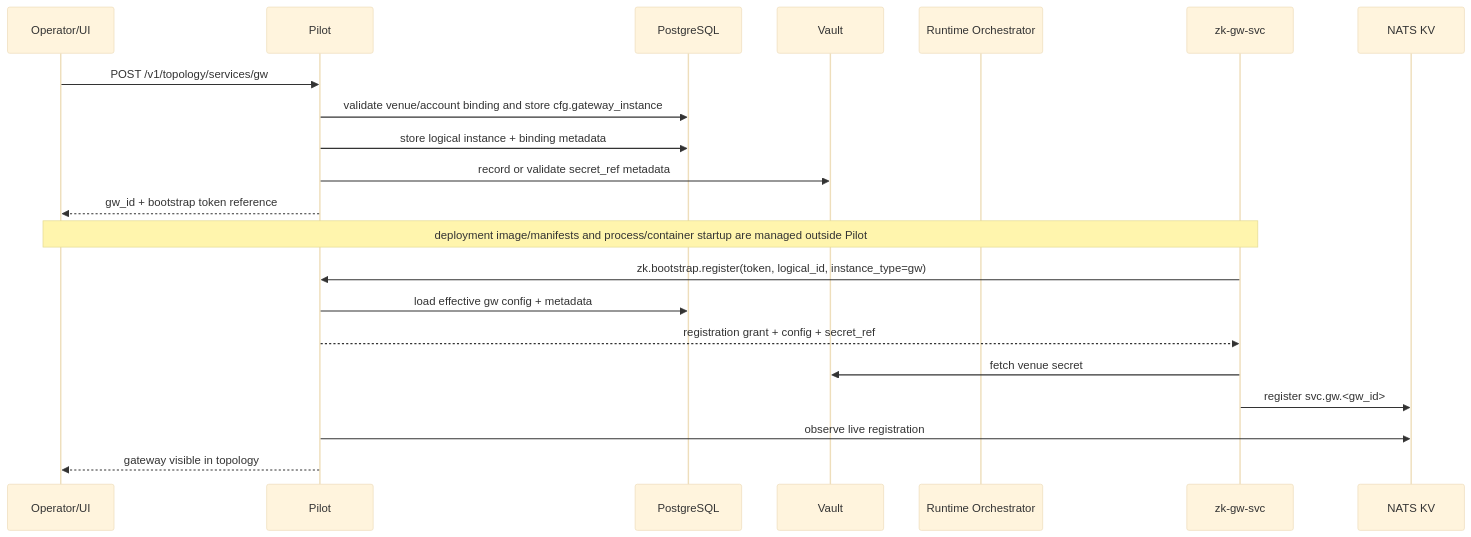
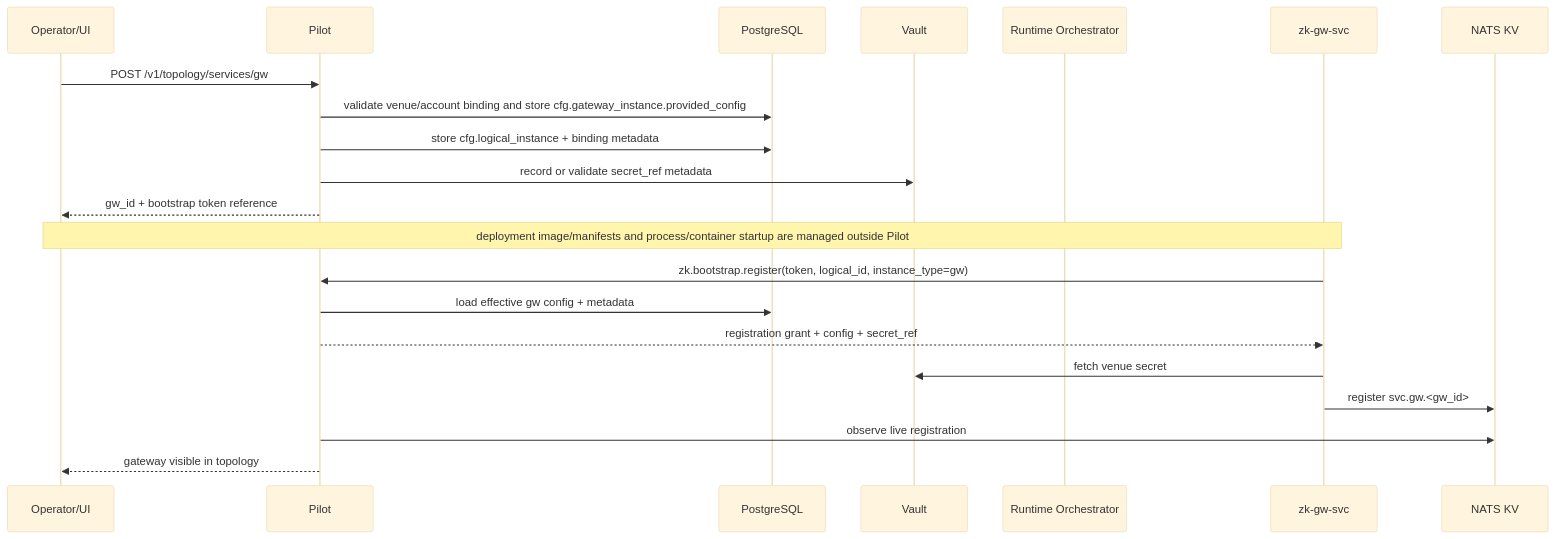
The first of 7 diagrams in docs/system-arch/services/pilot_service.md (soyvv/zkbot), drawn with Mermaid (base theme) before and after one commit. The commit also changed other lines of this file and 95 other files, not shown here.

````diff
--- a/docs/system-arch/services/pilot_service.md
+++ b/docs/system-arch/services/pilot_service.md
@@ -1502,25 +1514,25 @@
 ```mermaid
 sequenceDiagram
     participant U as Operator/UI
     participant P as Pilot
     participant DB as PostgreSQL
     participant V as Vault
     participant R as Runtime Orchestrator
     participant GW as zk-gw-svc
     participant KV as NATS KV
 
     U->>P: POST /v1/topology/services/gw
-    P->>DB: validate venue/account binding and store cfg.gateway_instance
-    P->>DB: store logical instance + binding metadata
+    P->>DB: validate venue/account binding and store cfg.gateway_instance.provided_config
+    P->>DB: store cfg.logical_instance + binding metadata
     P->>V: record or validate secret_ref metadata
     P-->>U: gw_id + bootstrap token reference
 
     Note over U,GW: deployment image/manifests and process/container startup are managed outside Pilot
     GW->>P: zk.bootstrap.register(token, logical_id, instance_type=gw)
     P->>DB: load effective gw config + metadata
     P-->>GW: registration grant + config + secret_ref
     GW->>V: fetch venue secret
     GW->>KV: register svc.gw.<gw_id>
     P->>KV: observe live registration
     P-->>U: gateway visible in topology
 ```
````
